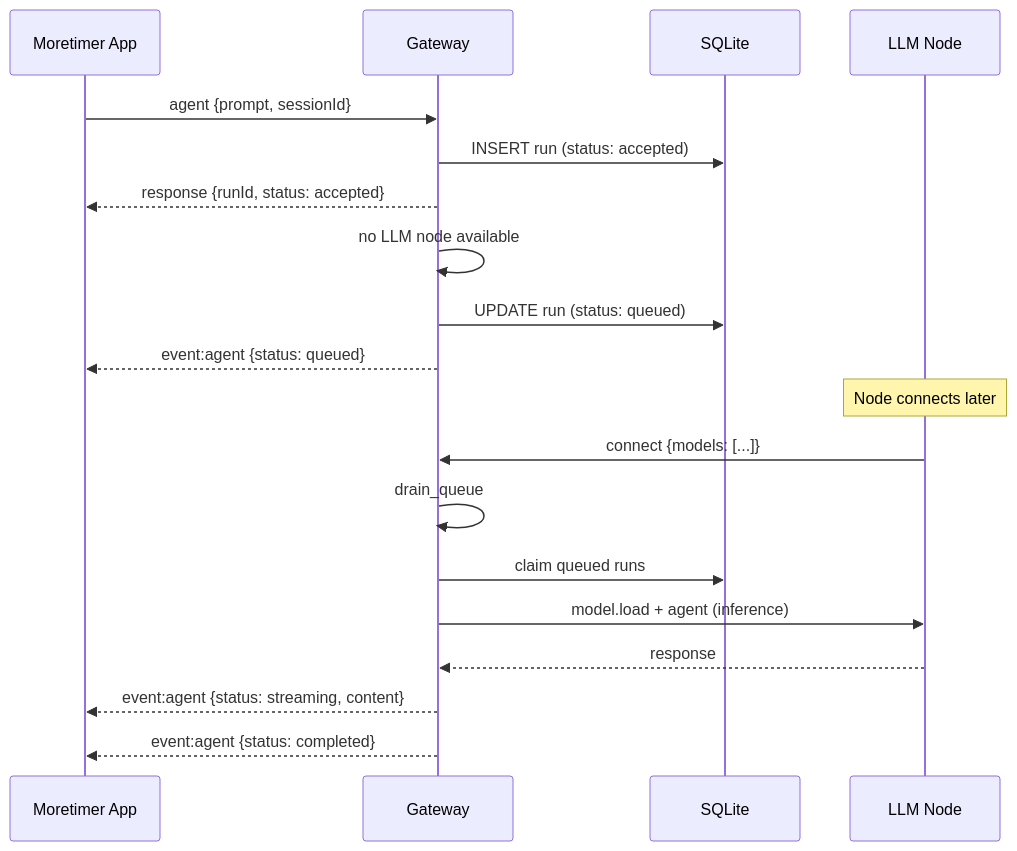
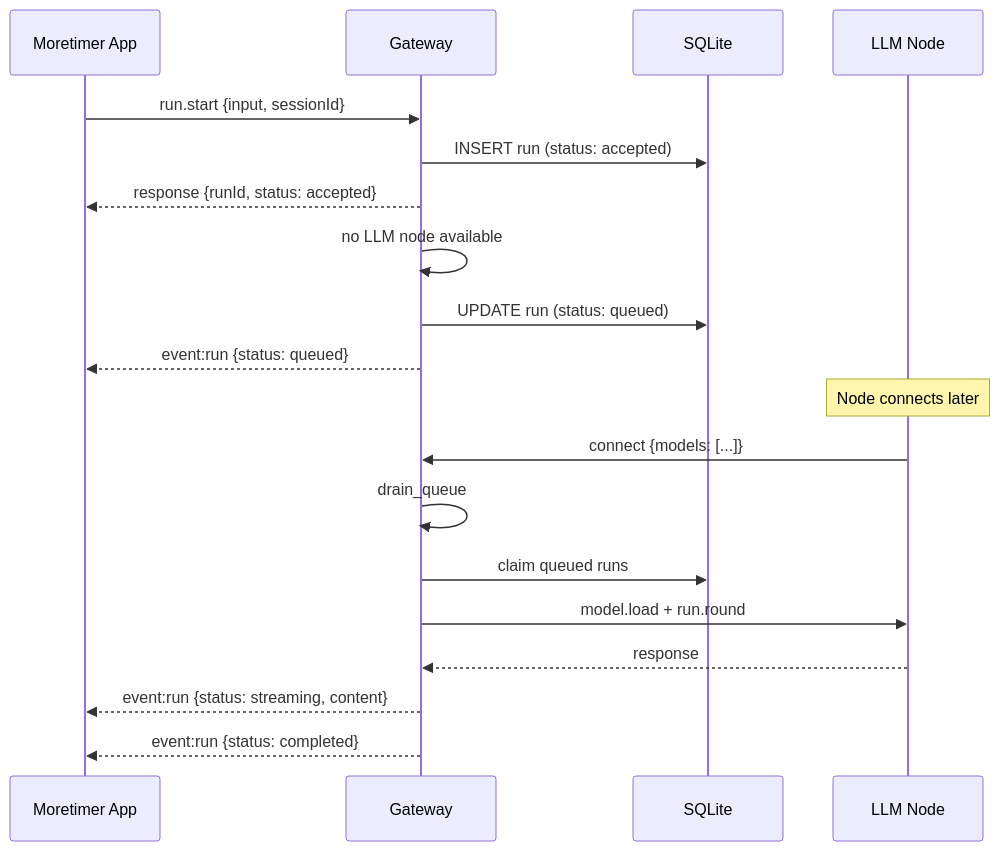
Before and after one commit to thiezn/NEXO: the fifth of 5 diagrams in docs/src/nexo/old_agent_file_theres_still_stuff_here_i_want_to_keep_but_lets_first_get_the_agent_loop_file_in_the_best_shape_and_implemented.md, drawn with Mermaid. The commit also changed other lines of this file and 106 other files, not shown here.

````diff
--- a/docs/src/nexo/old_agent_file_theres_still_stuff_here_i_want_to_keep_but_lets_first_get_the_agent_loop_file_in_the_best_shape_and_implemented.md
+++ b/docs/src/nexo/old_agent_file_theres_still_stuff_here_i_want_to_keep_but_lets_first_get_the_agent_loop_file_in_the_best_shape_and_implemented.md
@@ -192,23 +199,23 @@
 ```mermaid
 sequenceDiagram
     participant App as Moretimer App
     participant GW as Gateway
     participant DB as SQLite
     participant Node as LLM Node
 
-    App->>GW: agent {prompt, sessionId}
+    App->>GW: run.start {input, sessionId}
     GW->>DB: INSERT run (status: accepted)
     GW-->>App: response {runId, status: accepted}
     GW->>GW: no LLM node available
     GW->>DB: UPDATE run (status: queued)
-    GW-->>App: event:agent {status: queued}
+    GW-->>App: event:run {status: queued}
 
     Note over Node: Node connects later
     Node->>GW: connect {models: [...]}
     GW->>GW: drain_queue
     GW->>DB: claim queued runs
-    GW->>Node: model.load + agent (inference)
+    GW->>Node: model.load + run.round
     Node-->>GW: response
-    GW-->>App: event:agent {status: streaming, content}
-    GW-->>App: event:agent {status: completed}
+    GW-->>App: event:run {status: streaming, content}
+    GW-->>App: event:run {status: completed}
 ```
````
